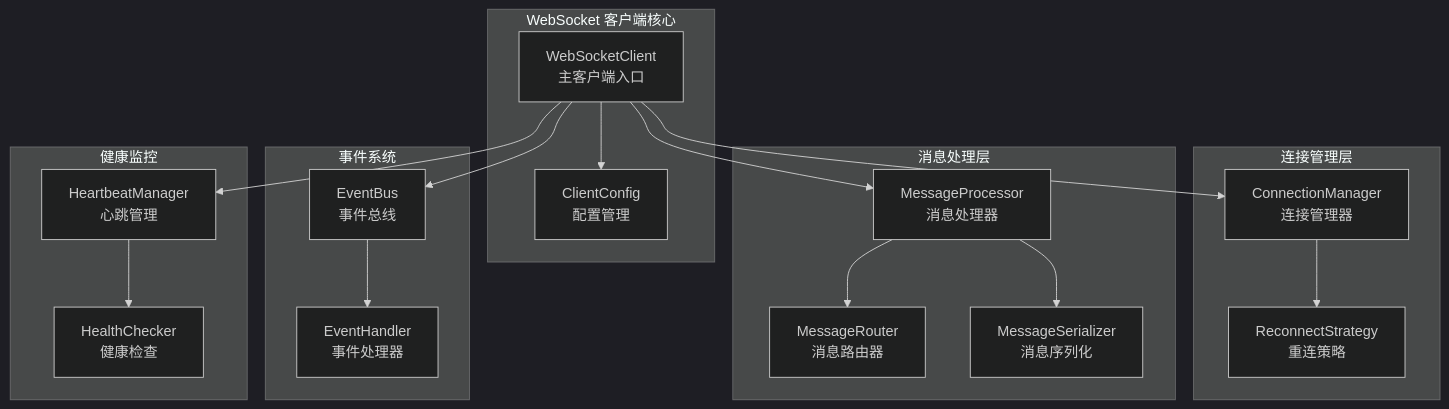
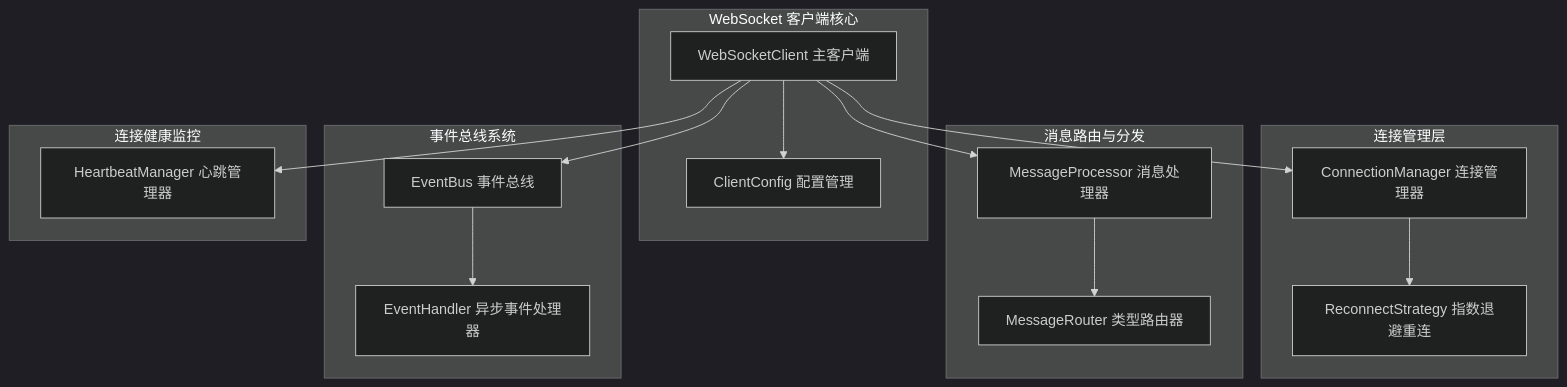
Before and after one commit to zsl99a/websocket: the diagram in README.md, drawn with Mermaid (dark theme). The commit also changed other lines of this file and 4 other files, not shown here.

````diff
--- a/README.md
+++ b/README.md
@@ -17,39 +31,35 @@
 ```mermaid
-graph TB
-    subgraph "WebSocket 客户端核心"
-        Client["WebSocketClient<br/>主客户端入口"]
-        Config["ClientConfig<br/>配置管理"]
+flowchart TD
+    subgraph Core["WebSocket 客户端核心"]
+        Client["WebSocketClient 主客户端"]
+        Config["ClientConfig 配置管理"]
         Client --> Config
     end
-    
-    subgraph "连接管理层"
-        ConnMgr["ConnectionManager<br/>连接管理器"]
-        Reconnect["ReconnectStrategy<br/>重连策略"]
+
+    subgraph Connection["连接管理层"]
+        ConnMgr["ConnectionManager 连接管理器"]
+        Reconnect["ReconnectStrategy 指数退避重连"]
         ConnMgr --> Reconnect
     end
-    
-    subgraph "消息处理层"
-        MsgProc["MessageProcessor<br/>消息处理器"]
-        MsgRouter["MessageRouter<br/>消息路由器"]
-        Serializer["MessageSerializer<br/>消息序列化"]
+
+    subgraph Message["消息路由与分发"]
+        MsgProc["MessageProcessor 消息处理器"]
+        MsgRouter["MessageRouter 类型路由器"]
         MsgProc --> MsgRouter
-        MsgProc --> Serializer
     end
-    
-    subgraph "事件系统"
-        EventBus["EventBus<br/>事件总线"]
-        EventHandler["EventHandler<br/>事件处理器"]
+
+    subgraph Event["事件总线系统"]
+        EventBus["EventBus 事件总线"]
+        EventHandler["EventHandler 异步事件处理器"]
         EventBus --> EventHandler
     end
-    
-    subgraph "健康监控"
-        Heartbeat["HeartbeatManager<br/>心跳管理"]
-        HealthCheck["HealthChecker<br/>健康检查"]
-        Heartbeat --> HealthCheck
+
+    subgraph Health["连接健康监控"]
+        Heartbeat["HeartbeatManager 心跳管理器"]
     end
-    
+
     Client --> ConnMgr
     Client --> MsgProc
     Client --> EventBus
     Client --> Heartbeat
 ```
````
